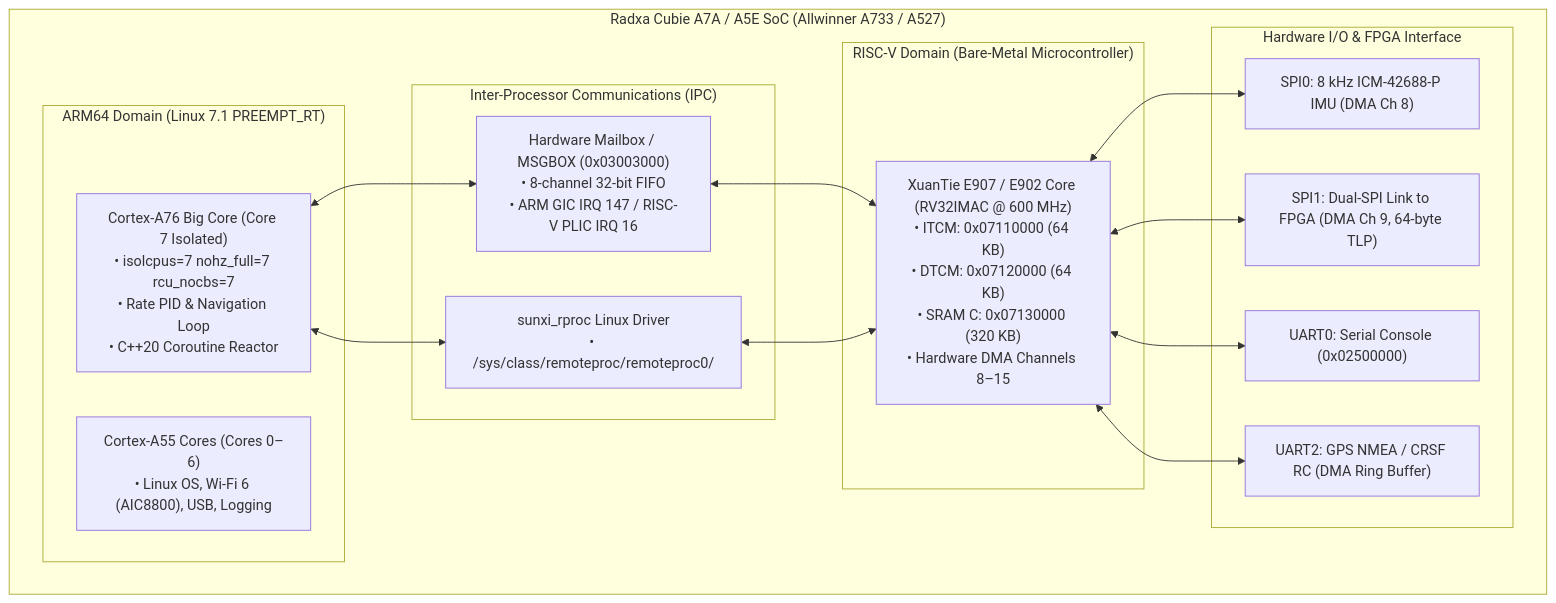
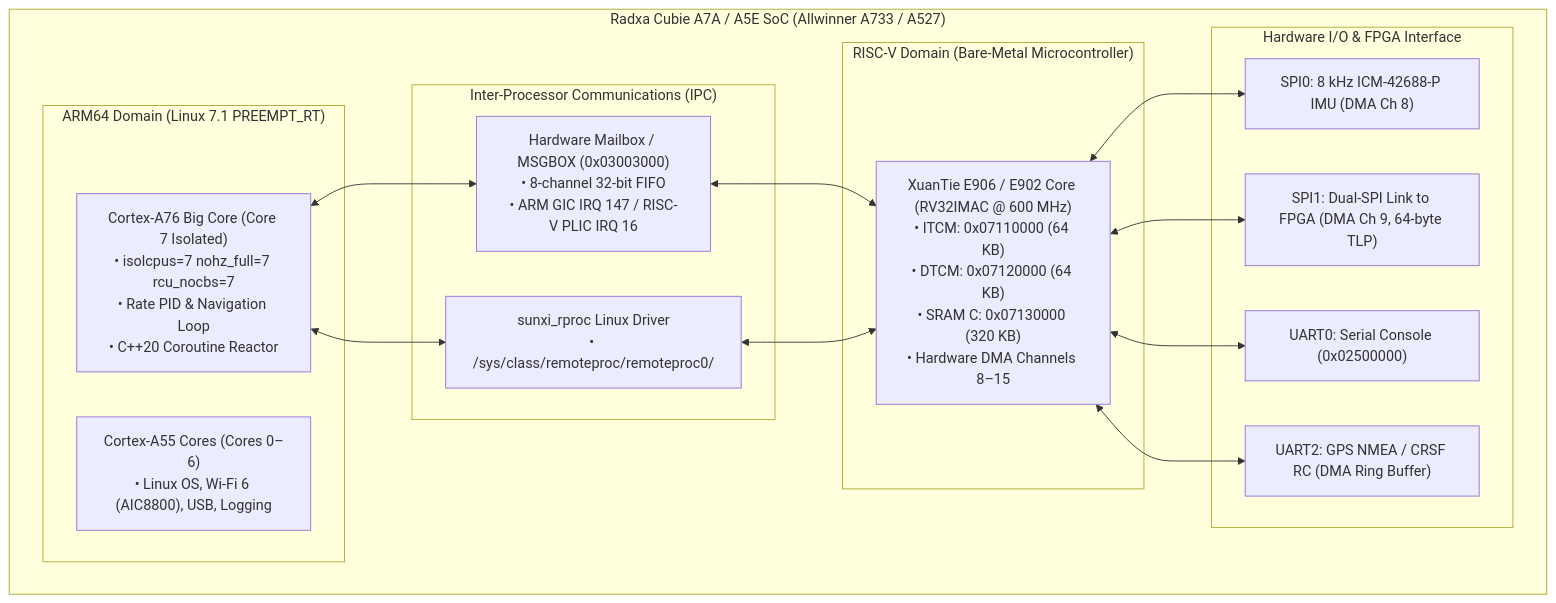
The diagram in docs/HETEROGENEOUS_AVIONICS_ARCHITECTURE.md (tcmichals/cubie-a5e), drawn with Mermaid before and after one commit. The commit also changed other lines of this file and 216 other files, not shown here.

````diff
--- a/docs/HETEROGENEOUS_AVIONICS_ARCHITECTURE.md
+++ b/docs/HETEROGENEOUS_AVIONICS_ARCHITECTURE.md
@@ -14,34 +14,34 @@
 ```mermaid
 flowchart TB
     subgraph "Radxa Cubie A7A / A5E SoC (Allwinner A733 / A527)"
         subgraph "ARM64 Domain (Linux 7.1 PREEMPT_RT)"
             C7["Cortex-A76 Big Core (Core 7 Isolated)<br/>• isolcpus=7 nohz_full=7 rcu_nocbs=7<br/>• Rate PID & Navigation Loop<br/>• C++20 Coroutine Reactor"]
             C06["Cortex-A55 Cores (Cores 0–6)<br/>• Linux OS, Wi-Fi 6 (AIC8800), USB, Logging"]
         end
 
         subgraph "RISC-V Domain (Bare-Metal Microcontroller)"
-            E907["XuanTie E907 / E902 Core (RV32IMAC @ 600 MHz)<br/>• ITCM: 0x07110000 (64 KB)<br/>• DTCM: 0x07120000 (64 KB)<br/>• SRAM C: 0x07130000 (320 KB)<br/>• Hardware DMA Channels 8–15"]
+            E906["XuanTie E906 / E902 Core (RV32IMAC @ 600 MHz)<br/>• ITCM: 0x07110000 (64 KB)<br/>• DTCM: 0x07120000 (64 KB)<br/>• SRAM C: 0x07130000 (320 KB)<br/>• Hardware DMA Channels 8–15"]
         end
 
         subgraph "Inter-Processor Communications (IPC)"
             MSGBOX["Hardware Mailbox / MSGBOX (0x03003000)<br/>• 8-channel 32-bit FIFO<br/>• ARM GIC IRQ 147 / RISC-V PLIC IRQ 16"]
             RPROC["sunxi_rproc Linux Driver<br/>• /sys/class/remoteproc/remoteproc0/"]
         end
 
         subgraph "Hardware I/O & FPGA Interface"
             SPI0["SPI0: 8 kHz ICM-42688-P IMU (DMA Ch 8)"]
             SPI1["SPI1: Dual-SPI Link to FPGA (DMA Ch 9, 64-byte TLP)"]
             UART0["UART0: Serial Console (0x02500000)"]
             UART2["UART2: GPS NMEA / CRSF RC (DMA Ring Buffer)"]
         end
     end
 
     C7 <--> MSGBOX
-    MSGBOX <--> E907
-    E907 <--> SPI0
-    E907 <--> SPI1
-    E907 <--> UART0
-    E907 <--> UART2
+    MSGBOX <--> E906
+    E906 <--> SPI0
+    E906 <--> SPI1
+    E906 <--> UART0
+    E906 <--> UART2
     C7 <--> RPROC
-    RPROC <--> E907
+    RPROC <--> E906
 ```
````
